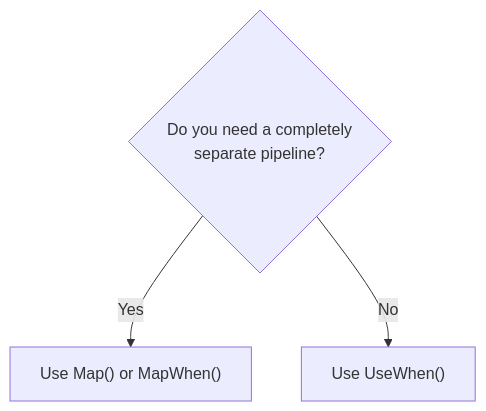
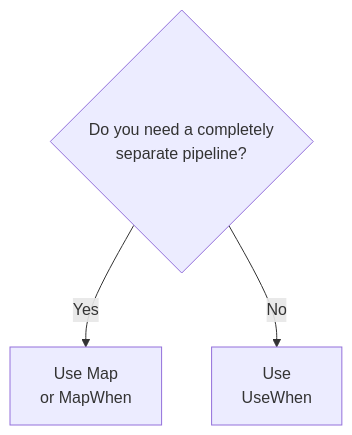
The third of 3 diagrams in talks/lightning/Middlewares in ASP.NET Core/presentation.md (davidkaya/blog), drawn with Mermaid before and after one commit. The commit also changed other lines of this file, not shown here.

Commit message:
fix: simplify middleware talk mermaid diagrams

```diff
--- a/talks/lightning/Middlewares in ASP.NET Core/presentation.md
+++ b/talks/lightning/Middlewares in ASP.NET Core/presentation.md
@@ -416,6 +420,6 @@
 <div class="mermaid">
 flowchart TD
-    Q{"Do you need a completely\nseparate pipeline?"}
-    Q -- Yes --> M["Use Map() or MapWhen()"]
-    Q -- No --> U["Use UseWhen()"]
+    Q{"Do you need a completely<br>separate pipeline?"}
+    Q -- Yes --> M["Use Map<br>or MapWhen"]
+    Q -- No --> U["Use<br>UseWhen"]
 </div>
```
